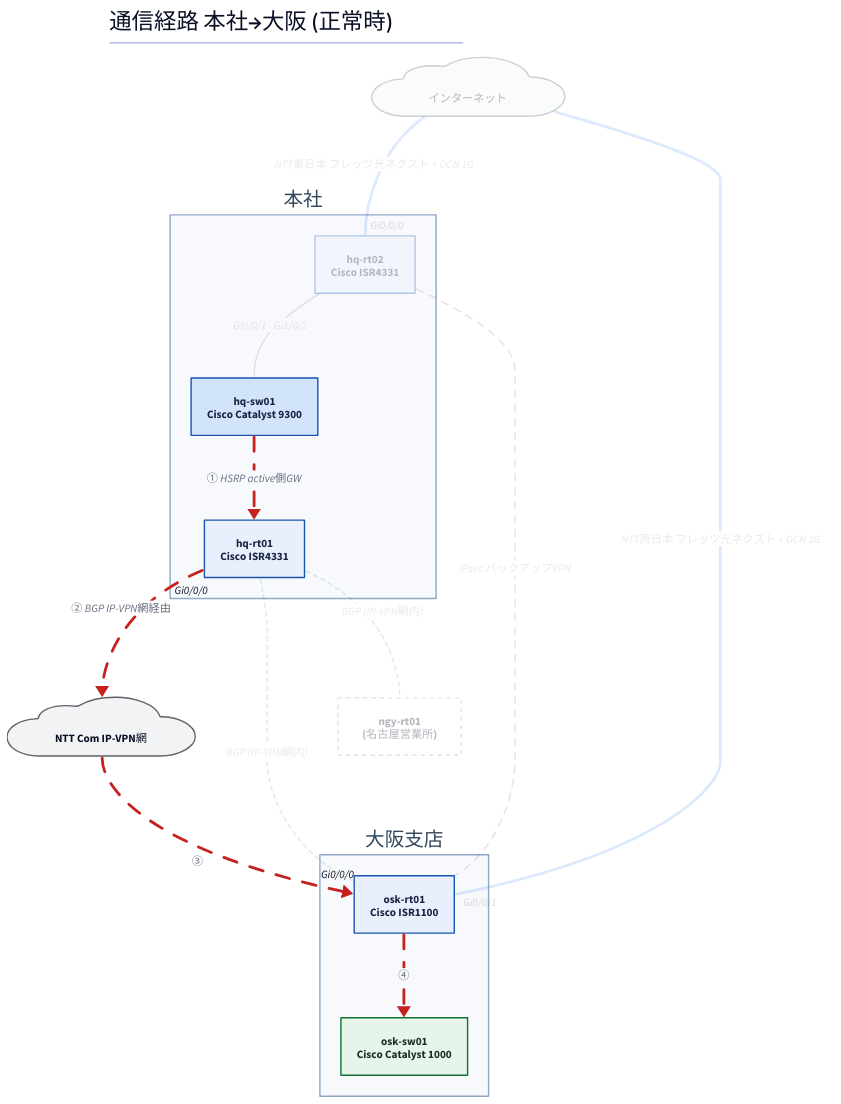
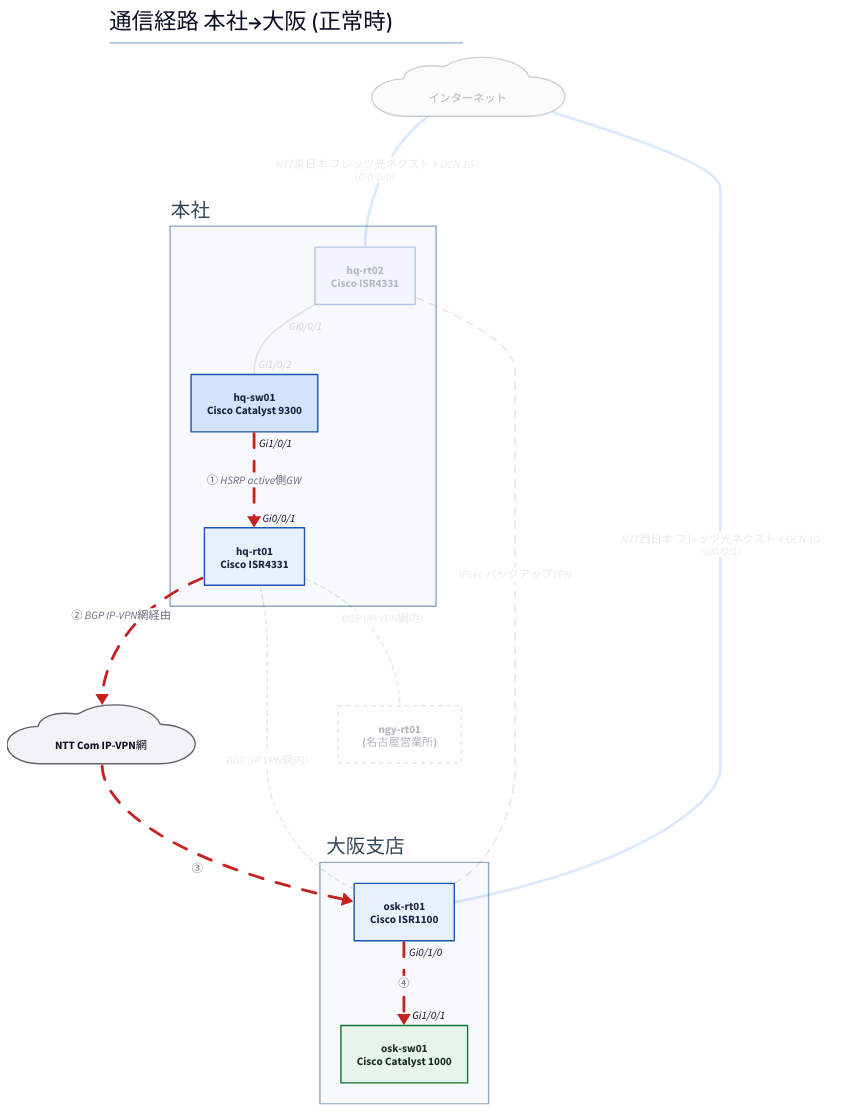
One commit to thinas1115/nwdsl changed the diagram in examples/sample-corp/generated/path-normal.d2. Above: the diagram before and after it, drawn with D2. The commit also changed 27 other files, not shown here.

First line of the commit message:
fix: 構成図のラベル衝突を根絶 (タイトル退避・IFラベル分散・ノード幅自動拡張)

```diff
--- a/examples/sample-corp/generated/path-normal.d2
+++ b/examples/sample-corp/generated/path-normal.d2
@@ -1,48 +1,50 @@
 title: |md
   # 通信経路 本社→大阪 (正常時)
 | {near: top-center}
 direction: down
 
 classes: {
   role-router: {style.fill: "#e8f0fe"; style.stroke: "#1a56b0"; style.font-color: "#1a2340"}
   role-l3switch: {style.fill: "#d2e3fc"; style.stroke: "#1a56b0"; style.font-color: "#1a2340"}
   role-l2switch: {style.fill: "#e6f4ea"; style.stroke: "#137333"; style.font-color: "#1a2e1f"}
   role-firewall: {style.fill: "#fce8e6"; style.stroke: "#c5221f"; style.font-color: "#3c1a19"}
   role-other: {style.fill: "#f1f3f4"; style.stroke: "#5f6368"; style.font-color: "#202124"}
   node-cloud: {shape: cloud; style.fill: "#f1f3f4"; style.stroke: "#5f6368"}
   node-site: {style.fill: "#fff8e1"; style.stroke: "#b58105"; style.font-color: "#4a3a08"}
   node-external: {style.fill: "#ffffff"; style.stroke: "#9aa0a6"; style.stroke-dash: 3}
   group-site: {style.fill: "#f7f9fc"; style.stroke: "#8fa8c4"; style.font-color: "#33475b"}
   edge-lan-cable: {style.stroke: "#4a4a4a"; style.stroke-width: 2}
   edge-wan-circuit: {style.stroke: "#1a73e8"; style.stroke-width: 4}
   edge-tunnel: {style.stroke: "#7b1fa2"; style.stroke-width: 2; style.stroke-dash: 5}
   edge-logical: {style.stroke: "#188038"; style.stroke-width: 2; style.stroke-dash: 3}
 }
 
 s_hq: "本社" {
   class: group-site
+  label.near: outside-top-left
   n_hq_rt01: "hq-rt01\nCisco ISR4331" {class: role-router}
   n_hq_sw01: "hq-sw01\nCisco Catalyst 9300" {class: role-l3switch}
   n_hq_rt02: "hq-rt02\nCisco ISR4331" {class: role-router; style.opacity: 0.3}
 }
 
 s_osk: "大阪支店" {
   class: group-site
+  label.near: outside-top-left
   n_osk_rt01: "osk-rt01\nCisco ISR1100" {class: role-router}
   n_osk_sw01: "osk-sw01\nCisco Catalyst 1000" {class: role-l2switch}
 }
 
 n_ipvpn: "　NTT Com IP-VPN網　" {class: node-cloud}
 n_internet: "　インターネット　" {class: node-cloud; style.opacity: 0.3}
 n_ngy_rt01: "ngy-rt01\n(名古屋営業所)" {class: node-external; style.opacity: 0.3}
 
-s_hq.n_hq_sw01 -> s_hq.n_hq_rt01: "① HSRP active側GW" {class: edge-lan-cable; style.stroke: "#c5221f"; style.stroke-width: 4; style.animated: true}
-s_hq.n_hq_rt02 -- s_hq.n_hq_sw01: "Gi0/0/1 - Gi1/0/2" {class: edge-lan-cable; style.opacity: 0.15}
-s_osk.n_osk_rt01 -> s_osk.n_osk_sw01: "④" {class: edge-lan-cable; style.stroke: "#c5221f"; style.stroke-width: 4; style.animated: true}
-s_hq.n_hq_rt01 -> n_ipvpn: "② BGP IP-VPN網経由" {class: edge-wan-circuit; source-arrowhead.label: "Gi0/0/0"; style.stroke: "#c5221f"; style.stroke-width: 4; style.animated: true}
-n_ipvpn -> s_osk.n_osk_rt01: "③" {class: edge-wan-circuit; target-arrowhead.label: "Gi0/0/0"; style.stroke: "#c5221f"; style.stroke-width: 4; style.animated: true}
-n_internet -- s_hq.n_hq_rt02: "NTT東日本 フレッツ光ネクスト + OCN 1G" {class: edge-wan-circuit; target-arrowhead.label: "Gi0/0/0"; style.opacity: 0.15}
-n_internet -- s_osk.n_osk_rt01: "NTT西日本 フレッツ光ネクスト + OCN 1G" {class: edge-wan-circuit; target-arrowhead.label: "Gi0/0/1"; style.opacity: 0.15}
+s_hq.n_hq_sw01 -> s_hq.n_hq_rt01: "① HSRP active側GW" {class: edge-lan-cable; source-arrowhead.label: "Gi1/0/1"; target-arrowhead.label: "Gi0/0/1"; style.stroke: "#c5221f"; style.stroke-width: 4; style.animated: true}
+s_hq.n_hq_rt02 -- s_hq.n_hq_sw01 {class: edge-lan-cable; source-arrowhead.label: "Gi0/0/1"; target-arrowhead.label: "Gi1/0/2"; style.opacity: 0.15}
+s_osk.n_osk_rt01 -> s_osk.n_osk_sw01: "④" {class: edge-lan-cable; source-arrowhead.label: "Gi0/1/0"; target-arrowhead.label: "Gi1/0/1"; style.stroke: "#c5221f"; style.stroke-width: 4; style.animated: true}
+s_hq.n_hq_rt01 -> n_ipvpn: "② BGP IP-VPN網経由" {class: edge-wan-circuit; style.stroke: "#c5221f"; style.stroke-width: 4; style.animated: true}
+n_ipvpn -> s_osk.n_osk_rt01: "③" {class: edge-wan-circuit; style.stroke: "#c5221f"; style.stroke-width: 4; style.animated: true}
+n_internet -- s_hq.n_hq_rt02: "NTT東日本 フレッツ光ネクスト + OCN 1G\n(Gi0/0/0)" {class: edge-wan-circuit; style.opacity: 0.15}
+n_internet -- s_osk.n_osk_rt01: "NTT西日本 フレッツ光ネクスト + OCN 1G\n(Gi0/0/1)" {class: edge-wan-circuit; style.opacity: 0.15}
 s_hq.n_hq_rt02 -- s_osk.n_osk_rt01: "IPsec バックアップVPN" {class: edge-tunnel; style.opacity: 0.15}
 s_hq.n_hq_rt01 -- s_osk.n_osk_rt01: "BGP (IP-VPN網内)" {class: edge-logical; style.opacity: 0.15}
 s_hq.n_hq_rt01 -- n_ngy_rt01: "BGP (IP-VPN網内)" {class: edge-logical; style.opacity: 0.15}
```
